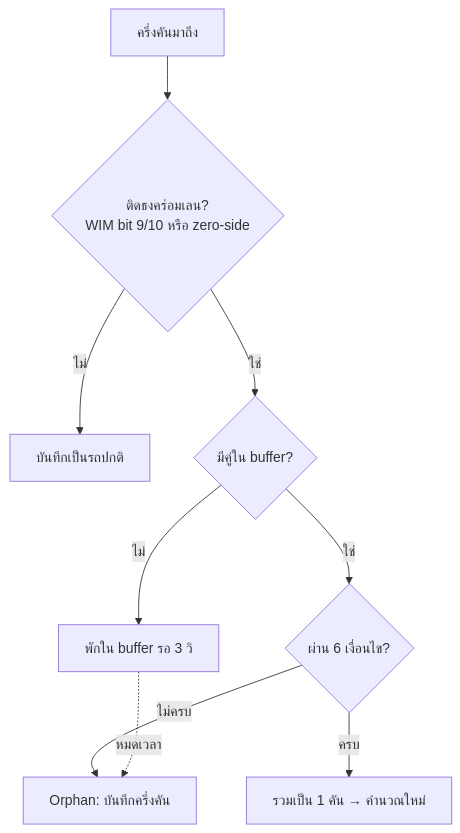
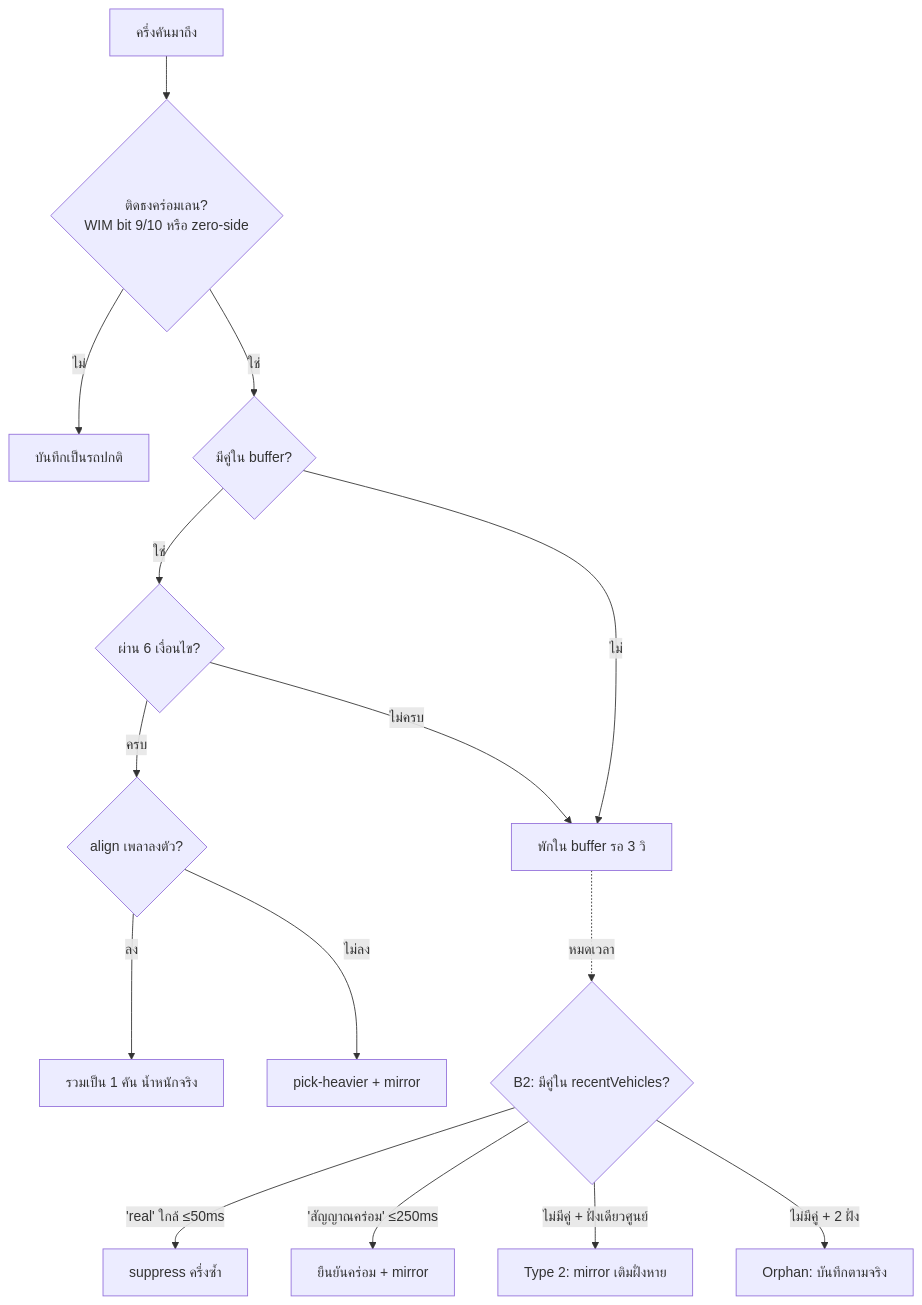
The diagram in docs/straddling-detection.md (pagani2539-gif/Service-ImPS), drawn with Mermaid before and after one commit. The commit also changed other lines of this file and 17 other files, not shown here.

````diff
--- a/docs/straddling-detection.md
+++ b/docs/straddling-detection.md
@@ -43,11 +44,17 @@
 ```mermaid
 flowchart TD
     A[ครึ่งคันมาถึง] --> B{ติดธงคร่อมเลน?<br/>WIM bit 9/10 หรือ zero-side}
     B -- ไม่ --> Z[บันทึกเป็นรถปกติ]
     B -- ใช่ --> C{มีคู่ใน buffer?}
+    C -- ใช่ --> E{ผ่าน 6 เงื่อนไข?}
+    E -- ครบ --> F{align เพลาลงตัว?}
+    F -- ลง --> M[รวมเป็น 1 คัน น้ำหนักจริง]
+    F -- ไม่ลง --> K[pick-heavier + mirror]
     C -- ไม่ --> D[พักใน buffer รอ 3 วิ]
-    C -- ใช่ --> E{ผ่าน 6 เงื่อนไข?}
-    E -- ครบ --> F[รวมเป็น 1 คัน → คำนวณใหม่]
-    E -- ไม่ครบ --> G[Orphan: บันทึกครึ่งคัน]
-    D -. หมดเวลา .-> G
+    D -. หมดเวลา .-> H{B2: มีคู่ใน recentVehicles?}
+    E -- ไม่ครบ --> D
+    H -- 'real' ใกล้ ≤50ms --> S[suppress ครึ่งซ้ำ]
+    H -- 'สัญญาณคร่อม' ≤250ms --> P[ยืนยันคร่อม + mirror]
+    H -- ไม่มีคู่ + ฝั่งเดียวศูนย์ --> T[Type 2: mirror เติมฝั่งหาย]
+    H -- ไม่มีคู่ + 2 ฝั่ง --> G[Orphan: บันทึกตามจริง]
 ```
````
